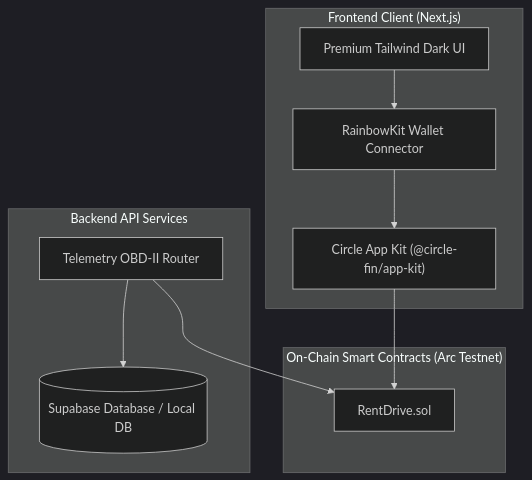
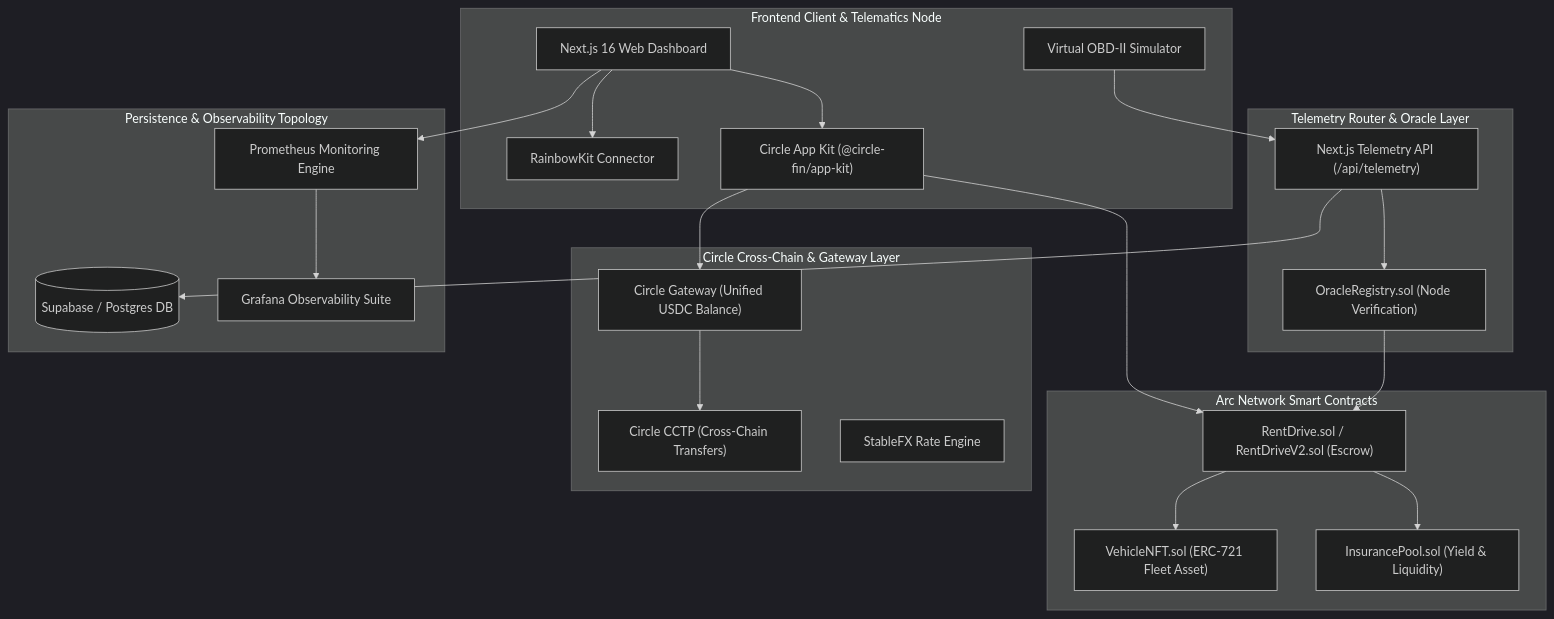
The diagram in README.md (trchithuy71/RentDrive), drawn with Mermaid (dark theme) before and after one commit. The commit also changed other lines of this file, not shown here.

Commit message:
docs: update protocol documentation with dynamic architecture layout

````diff
--- a/README.md
+++ b/README.md
@@ -27,23 +36,46 @@
 ```mermaid
-graph TB
-    subgraph Client["Frontend Client (Next.js)"]
-        UI[Premium Tailwind Dark UI]
-        RK[RainbowKit Wallet Connector]
+flowchart TD
+    subgraph ClientLayer["Frontend Client & Telematics Node"]
+        UI["Next.js 16 Web Dashboard"]
+        OBD["Virtual OBD-II Simulator"]
+        RK["RainbowKit Connector"]
         AK["Circle App Kit (@circle-fin/app-kit)"]
     end
-    
-    subgraph SmartContracts["On-Chain Smart Contracts (Arc Testnet)"]
-        RD[RentDrive.sol]
+
+    subgraph TelemetryLayer["Telemetry Router & Oracle Layer"]
+        API["Next.js Telemetry API (/api/telemetry)"]
+        REG["OracleRegistry.sol (Node Verification)"]
     end
-    
-    subgraph Backend["Backend API Services"]
-        TELE[Telemetry OBD-II Router]
-        DB[(Supabase Database / Local DB)]
+
+    subgraph ProtocolLayer["Arc Network Smart Contracts"]
+        RD["RentDrive.sol / RentDriveV2.sol (Escrow)"]
+        NFT["VehicleNFT.sol (ERC-721 Fleet Asset)"]
+        INS["InsurancePool.sol (Yield & Liquidity)"]
     end
-    
+
+    subgraph CommerceStack["Circle Cross-Chain & Gateway Layer"]
+        CCTP["Circle CCTP (Cross-Chain Transfers)"]
+        GW["Circle Gateway (Unified USDC Balance)"]
+        FX["StableFX Rate Engine"]
+    end
+
+    subgraph InfrastructureLayer["Persistence & Observability Topology"]
+        PG[("Supabase / Postgres DB")]
+        PROM["Prometheus Monitoring Engine"]
+        GRAF["Grafana Observability Suite"]
+    end
+
     UI --> RK
-    RK --> AK
+    UI --> AK
+    OBD --> API
+    API --> REG
+    REG --> RD
     AK --> RD
-    TELE --> RD
-    TELE --> DB
+    AK --> GW
+    GW --> CCTP
+    RD --> NFT
+    RD --> INS
+    API --> PG
+    UI --> PROM
+    PROM --> GRAF
 ```
````
